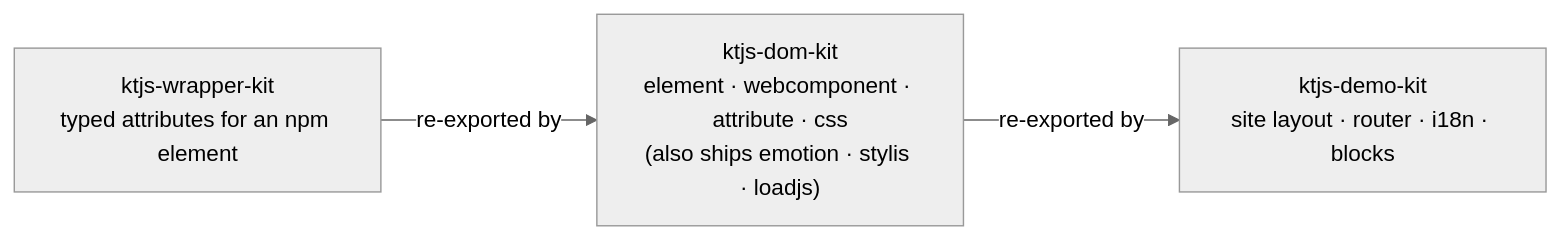
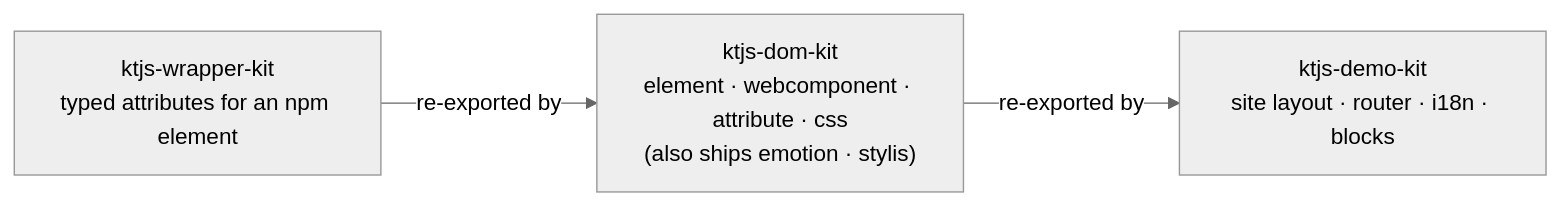
The diagram in docs/src/jsMain/resources/docs/guide/getting-started.md (shijianjs/ktjs-dom-kit), drawn with Mermaid (neutral theme) before and after one commit. The commit also changed other lines of this file and 24 other files, not shown here.

````diff
--- a/docs/src/jsMain/resources/docs/guide/getting-started.md
+++ b/docs/src/jsMain/resources/docs/guide/getting-started.md
@@ -21,8 +21,8 @@
 ```mermaid
 flowchart LR
   W["ktjs-wrapper-kit<br/>typed attributes for an npm element"]
-  D["ktjs-dom-kit<br/>element · webcomponent · attribute · css<br/>(also ships emotion · stylis · loadjs)"]
+  D["ktjs-dom-kit<br/>element · webcomponent · attribute · css<br/>(also ships emotion · stylis)"]
   M["ktjs-demo-kit<br/>site layout · router · i18n · blocks"]
   W -->|"re-exported by"| D
   D -->|"re-exported by"| M
 ```
````
